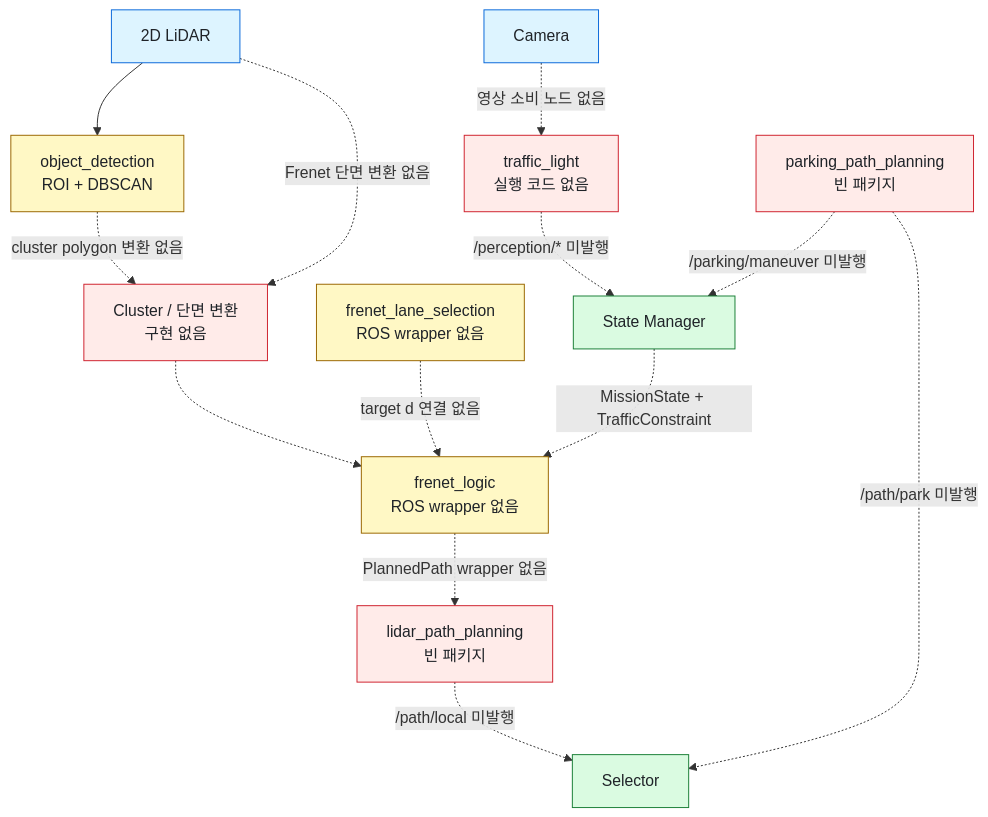
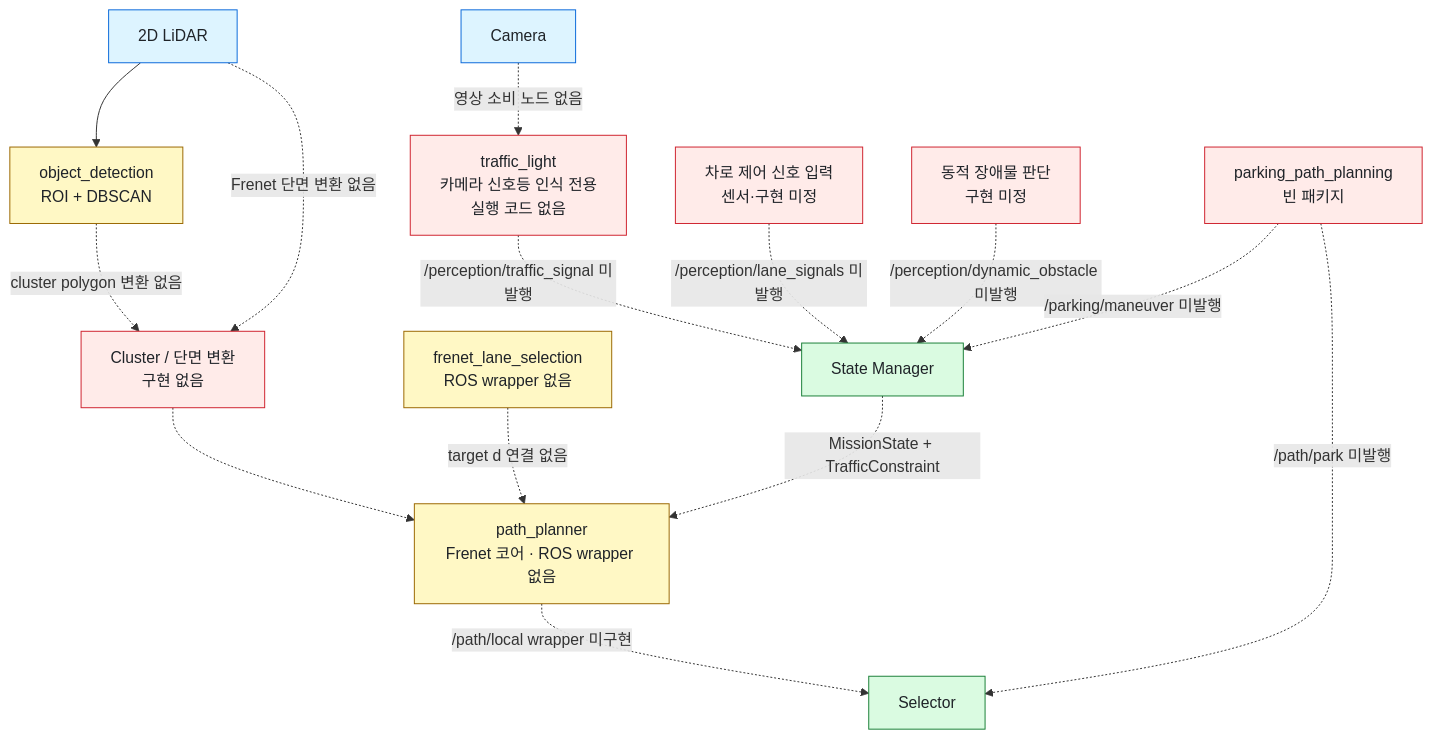
Before and after one commit to Team-Stier/HL-FMA-1-5-2026: the second of 3 diagrams in docs/architecture.md, drawn with Mermaid. The commit also changed other lines of this file and 27 other files, not shown here.

Commit message:
Refine path planning architecture

````diff
--- a/docs/architecture.md
+++ b/docs/architecture.md
@@ -114,32 +113,34 @@
 ```mermaid
 flowchart TB
     classDef partial fill:#fff8c5,stroke:#9a6700,color:#1f2328
     classDef missing fill:#ffebe9,stroke:#cf222e,color:#1f2328
     classDef endpoint fill:#dafbe1,stroke:#1a7f37,color:#1f2328
     classDef support fill:#ddf4ff,stroke:#0969da,color:#1f2328
 
     CAM[Camera]:::support
     LIDAR[2D LiDAR]:::support
     DET[object_detection<br/>ROI + DBSCAN]:::partial
-    PERCEPTION[traffic_light<br/>실행 코드 없음]:::missing
+    TRAFFIC[traffic_light<br/>카메라 신호등 인식 전용<br/>실행 코드 없음]:::missing
+    LANEOBS[차로 제어 신호 입력<br/>센서·구현 미정]:::missing
+    DYNAMIC[동적 장애물 판단<br/>구현 미정]:::missing
     ADAPTER[Cluster / 단면 변환<br/>구현 없음]:::missing
     LANESEL[frenet_lane_selection<br/>ROS wrapper 없음]:::partial
-    FRENET[frenet_logic<br/>ROS wrapper 없음]:::partial
-    LOCAL[lidar_path_planning<br/>빈 패키지]:::missing
+    PLANNER[path_planner<br/>Frenet 코어 · ROS wrapper 없음]:::partial
     PARK[parking_path_planning<br/>빈 패키지]:::missing
     SM[State Manager]:::endpoint
     SELECTOR[Selector]:::endpoint
 
-    CAM -.->|영상 소비 노드 없음| PERCEPTION
-    PERCEPTION -.->|/perception/* 미발행| SM
+    CAM -.->|영상 소비 노드 없음| TRAFFIC
+    TRAFFIC -.->|/perception/traffic_signal 미발행| SM
+    LANEOBS -.->|/perception/lane_signals 미발행| SM
+    DYNAMIC -.->|/perception/dynamic_obstacle 미발행| SM
     LIDAR --> DET
     DET -.->|cluster polygon 변환 없음| ADAPTER
     LIDAR -.->|Frenet 단면 변환 없음| ADAPTER
-    ADAPTER -.-> FRENET
-    LANESEL -.->|target d 연결 없음| FRENET
-    SM -.->|MissionState + TrafficConstraint| FRENET
-    FRENET -.->|PlannedPath wrapper 없음| LOCAL
-    LOCAL -.->|/path/local 미발행| SELECTOR
+    ADAPTER -.-> PLANNER
+    LANESEL -.->|target d 연결 없음| PLANNER
+    SM -.->|MissionState + TrafficConstraint| PLANNER
+    PLANNER -.->|/path/local wrapper 미구현| SELECTOR
     PARK -.->|/path/park 미발행| SELECTOR
     PARK -.->|/parking/maneuver 미발행| SM
 ```
````
